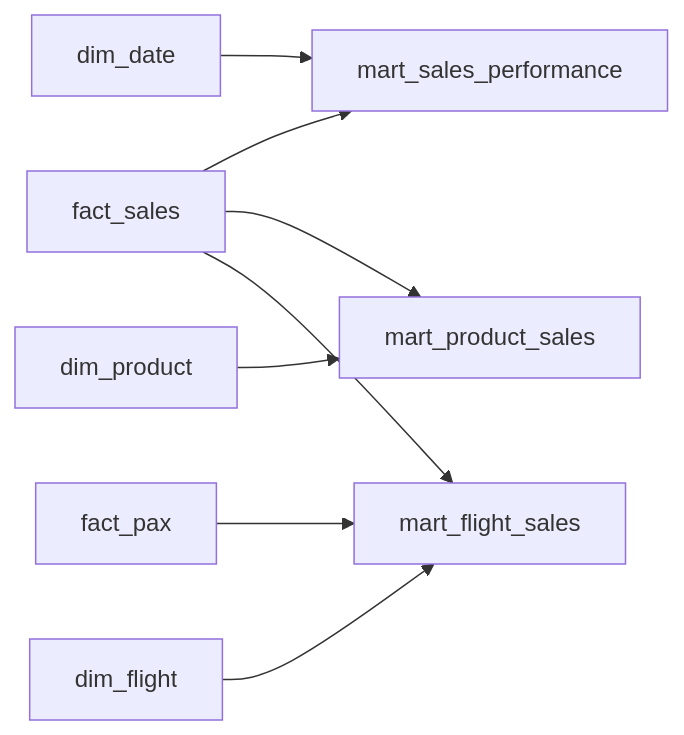
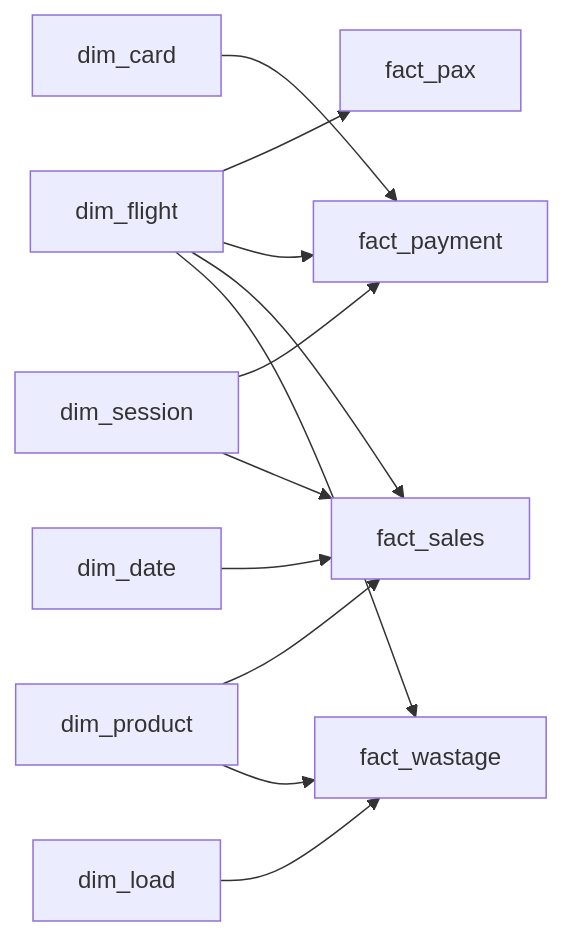
Before and after one commit to vkniazeva/ai-analytics-agent: the second of 2 diagrams in README2.md, drawn with Mermaid. The commit also changed other lines of this file and 6 other files, not shown here.

Commit message:
fixing diagrams, replacing mermaid partially with plantuml

````diff
--- a/README2.md
+++ b/README2.md
@@ -294,13 +158,20 @@
 ```mermaid
 flowchart LR
 
-    fact_sales --> mart_sales_performance
-    fact_sales --> mart_product_sales
-    fact_sales --> mart_flight_sales
+    dim_flight --> fact_pax
+    dim_flight --> fact_payment
+    dim_flight --> fact_sales
+    dim_flight --> fact_wastage
 
-    fact_pax --> mart_flight_sales
+    dim_session --> fact_payment
+    dim_session --> fact_sales
 
-    dim_product --> mart_product_sales
-    dim_flight --> mart_flight_sales
-    dim_date --> mart_sales_performance
+    dim_product --> fact_sales
+    dim_product --> fact_wastage
+
+    dim_card --> fact_payment
+
+    dim_load --> fact_wastage
+
+    dim_date --> fact_sales
 ```
````
